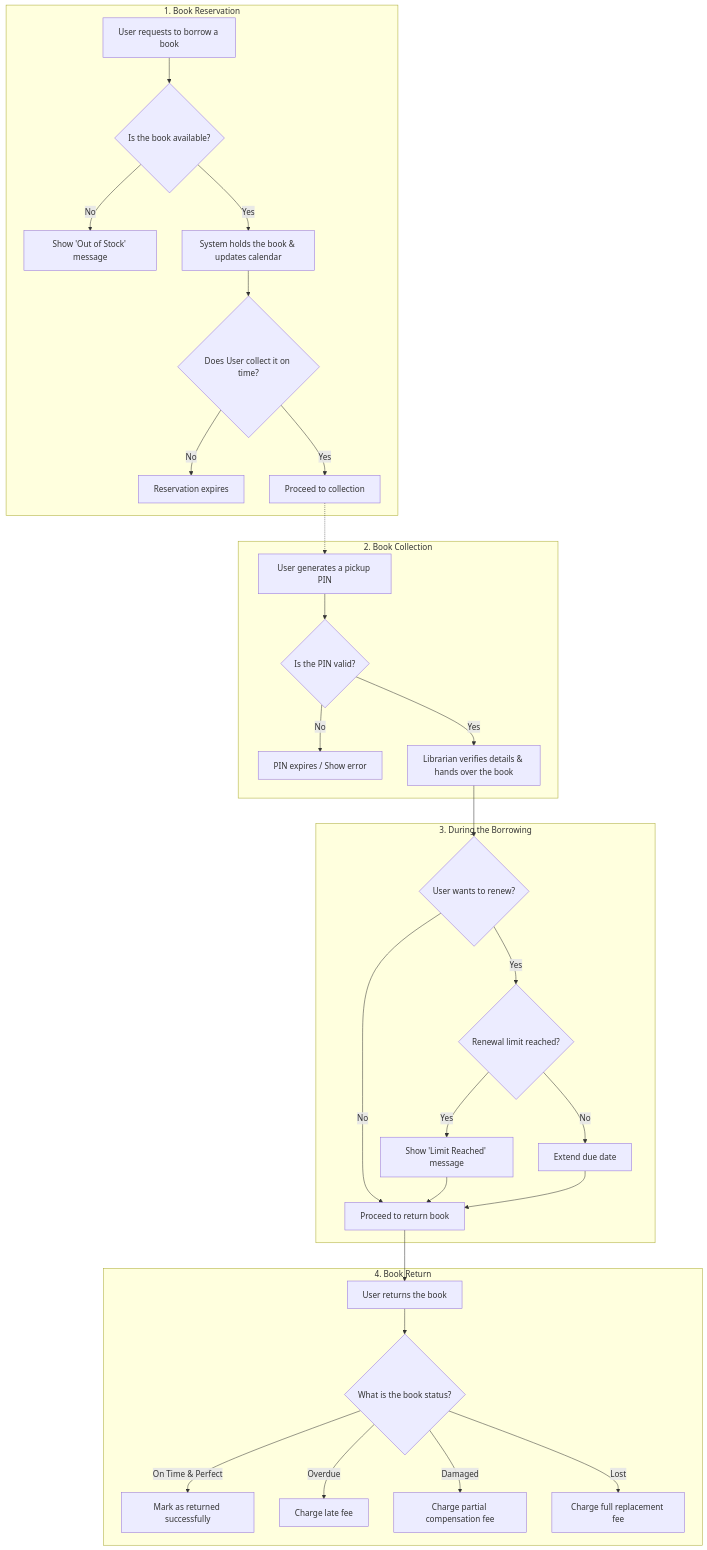
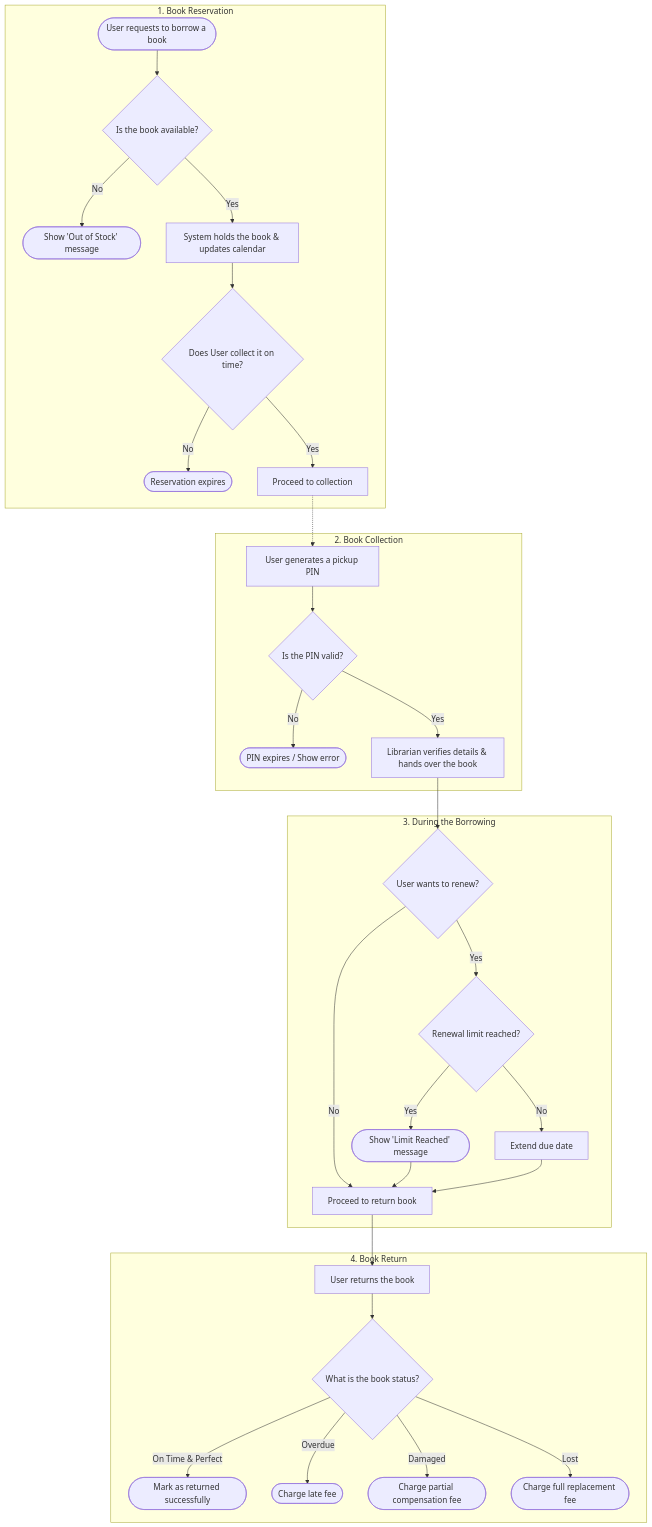
One commit to DuyNhat1705/AmeThyst-Library changed the first of 2 diagrams in docs/management/PA2/VisionDocument.md. Above: the diagram before and after it, drawn with Mermaid. The commit also changed other lines of this file, not shown here.

````diff
--- a/docs/management/PA2/VisionDocument.md
+++ b/docs/management/PA2/VisionDocument.md
@@ -248,59 +249,59 @@
 ```mermaid
 flowchart TB
  subgraph Reservation["1. Book Reservation"]
         B{"Is the book available?"}
-        A["User requests to borrow a book"]
+        A(["User requests to borrow a book"])
         B1@{ label: "Show 'Out of Stock' message" }
         C["System holds the book & updates calendar"]
         D{"Does User collect it on time?"}
-        D1["Reservation expires"]
+        D1(["Reservation expires"])
         E["Proceed to collection"]
   end
  subgraph Collection["2. Book Collection"]
         G{"Is the PIN valid?"}
         F["User generates a pickup PIN"]
-        G1["PIN expires / Show error"]
+        G1(["PIN expires / Show error"])
         H["Librarian verifies details & hands over the book"]
   end
  subgraph Management["3. During the Borrowing"]
         I{"User wants to renew?"}
         J{"Renewal limit reached?"}
         J1@{ label: "Show 'Limit Reached' message" }
         J2["Extend due date"]
         K["Proceed to return book"]
   end
  subgraph Return["4. Book Return"]
         L["User returns the book"]
         M{"What is the book status?"}
-        N1["Mark as returned successfully"]
-        N2["Charge late fee"]
-        N3["Charge partial compensation fee"]
-        N4["Charge full replacement fee"]
+        N1(["Mark as returned successfully"])
+        N2(["Charge late fee"])
+        N3(["Charge partial compensation fee"])
+        N4(["Charge full replacement fee"])
   end
     A --> B
     B -- No --> B1
     B -- Yes --> C
     C --> D
     D -- No --> D1
     D -- Yes --> E
     F --> G
     G -- No --> G1
     G -- Yes --> H
     H --> I
     I -- Yes --> J
     J -- Yes --> J1
     J -- No --> J2
     I -- No --> K
     J1 --> K
     J2 --> K
     K --> L
     L --> M
     M -- On Time & Perfect --> N1
     M -- Overdue --> N2
     M -- Damaged --> N3
     M -- Lost --> N4
     E -.-> F
 
-    B1@{ shape: rect}
-    J1@{ shape: rect}
-```
+    B1@{ shape: stadium}
+    J1@{ shape: stadium}
+ ```
````
